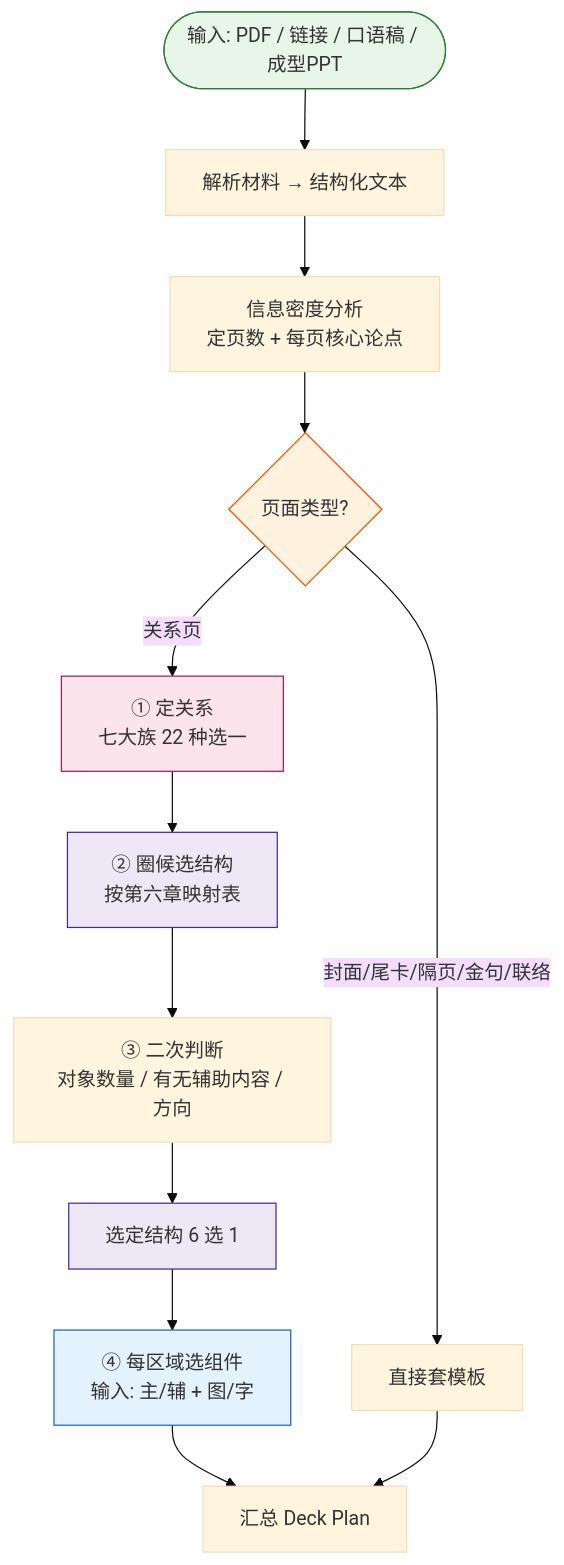
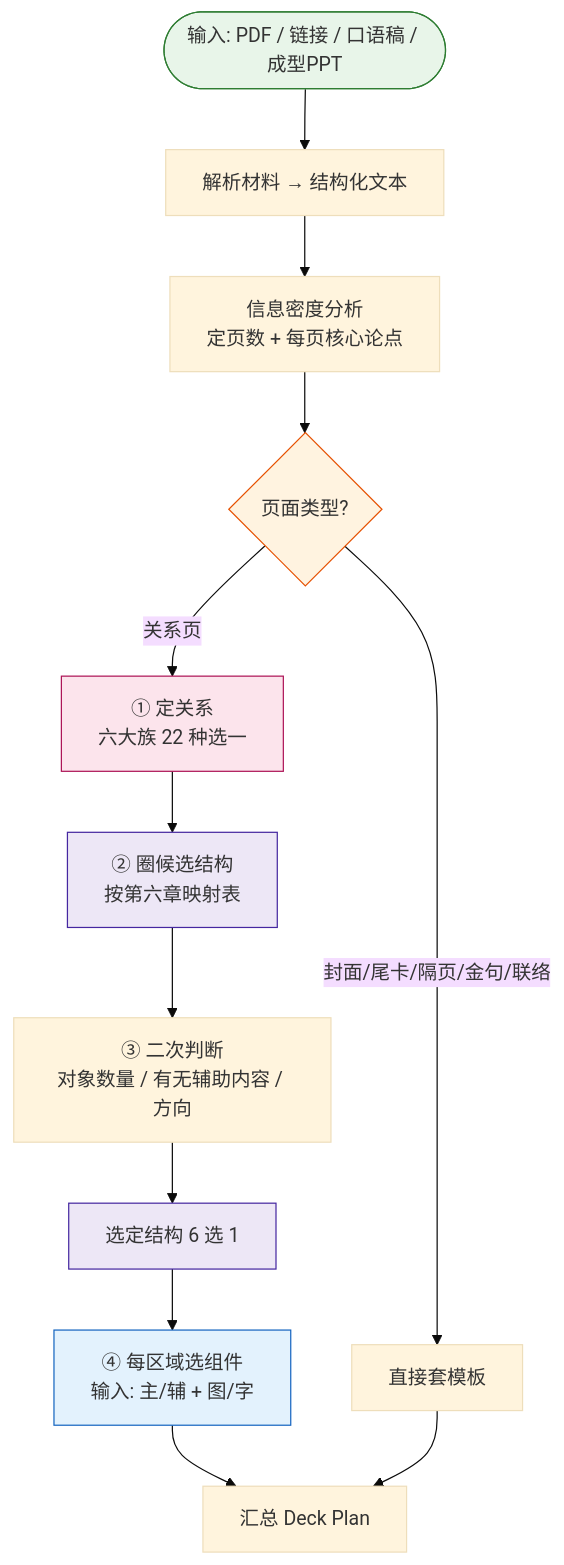
The diagram in skill-design.md (WiseWong6/wise-ppt), drawn with Mermaid (base theme) before and after one commit. The commit also changed other lines of this file and 2 other files, not shown here.

````diff
--- a/skill-design.md
+++ b/skill-design.md
@@ -10,29 +10,29 @@
 ```mermaid
 flowchart TD
     Start([输入: PDF / 链接 / 口语稿 / 成型PPT]) --> Parse[解析材料 → 结构化文本]
 
     Parse --> Plan[信息密度分析<br/>定页数 + 每页核心论点]
 
     Plan --> PType{页面类型?}
     PType -->|"封面/尾卡/隔页/金句/联络"| Template[直接套模板]
-    PType -->|关系页| Relation[① 定关系<br/>七大族 22 种选一]
+    PType -->|关系页| Relation[① 定关系<br/>六大族 22 种选一]
 
     Relation --> Struct[② 圈候选结构<br/>按第六章映射表]
 
     Struct --> Judge[③ 二次判断<br/>对象数量 / 有无辅助内容 / 方向]
 
     Judge --> Sel[选定结构 6 选 1]
 
     Sel --> Comp[④ 每区域选组件<br/>输入: 主/辅 + 图/字]
 
     Comp --> Deck[汇总 Deck Plan]
 
     Template --> Deck
 
     style Start fill:#e8f5e9,stroke:#2e7d32
     style PType fill:#fff3e0,stroke:#e65100
     style Relation fill:#fce4ec,stroke:#ad1457
     style Struct fill:#ede7f6,stroke:#4527a0
     style Sel fill:#ede7f6,stroke:#4527a0
     style Comp fill:#e3f2fd,stroke:#1565c0
 ```
````
